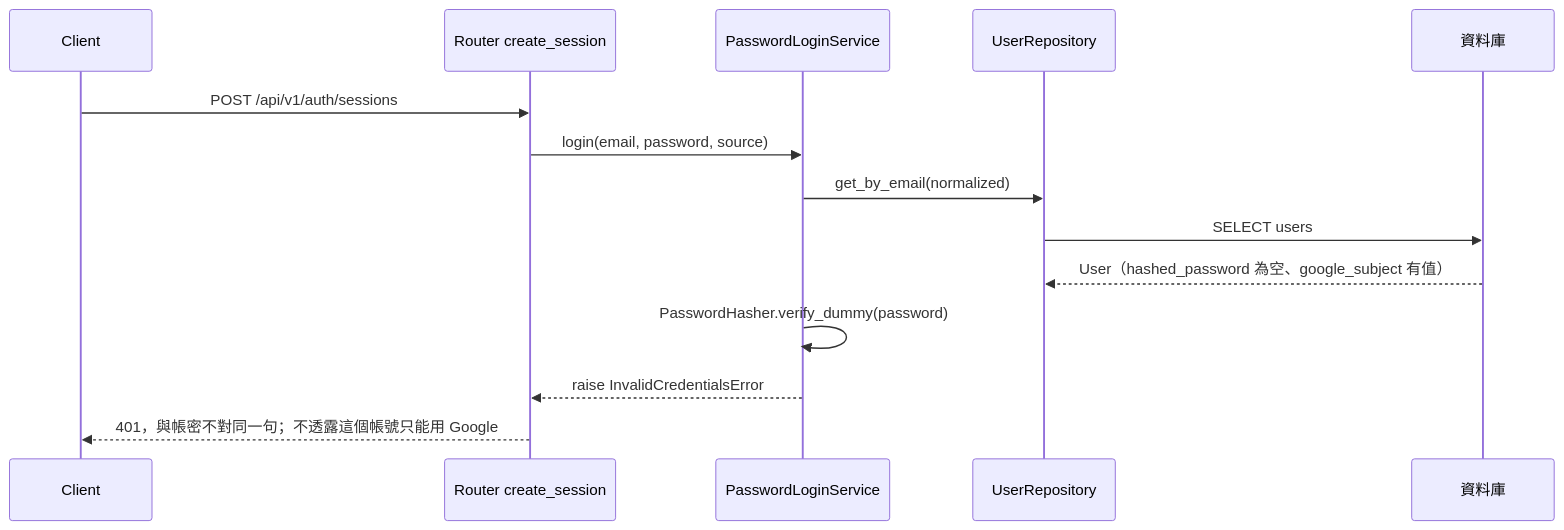
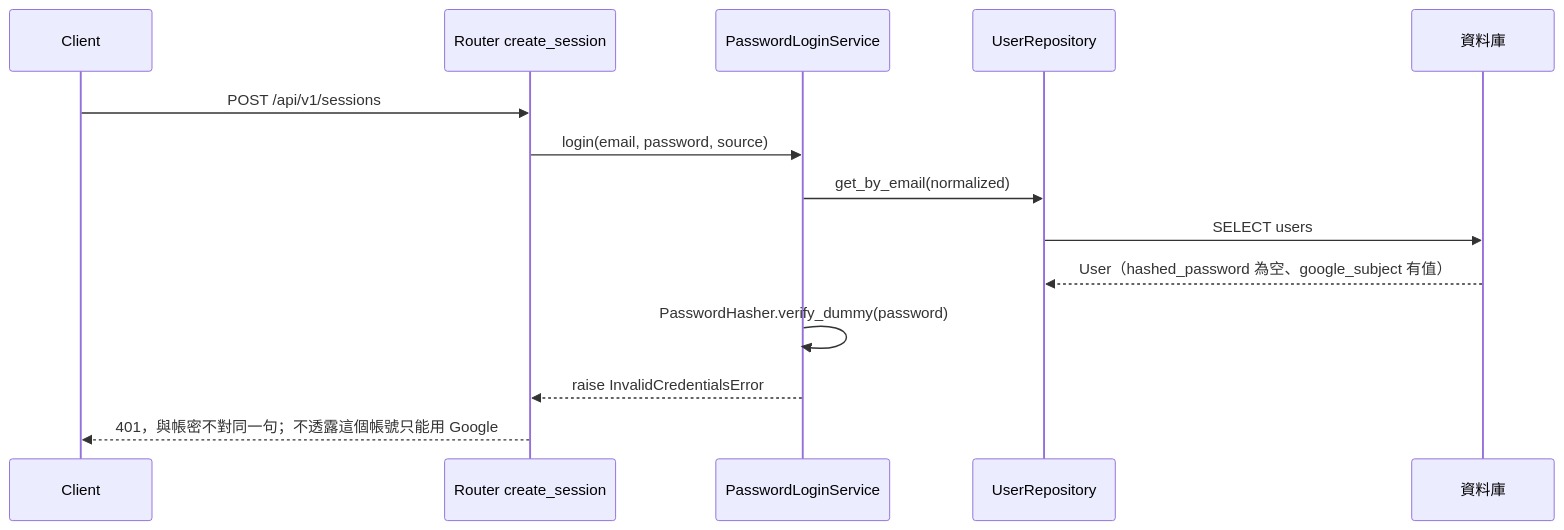
One commit to label-suite/label-suite changed the tenth of 30 diagrams in openspec/changes/login-auth-guard/system-design.md. Above: the diagram before and after it, drawn with Mermaid. The commit also changed other lines of this file and 4 other files, not shown here.

First line of the commit message:
docs: write the api contract for login and auth guard (#719)

````diff
--- a/openspec/changes/login-auth-guard/system-design.md
+++ b/openspec/changes/login-auth-guard/system-design.md
@@ -504,16 +504,16 @@
 ```mermaid
 sequenceDiagram
   participant C as Client
   participant R as Router create_session
   participant L as PasswordLoginService
   participant U as UserRepository
   participant DB as 資料庫
-  C->>R: POST /api/v1/auth/sessions
+  C->>R: POST /api/v1/sessions
   R->>L: login(email, password, source)
   L->>U: get_by_email(normalized)
   U->>DB: SELECT users
   DB-->>U: User（hashed_password 為空、google_subject 有值）
   L->>L: PasswordHasher.verify_dummy(password)
   L-->>R: raise InvalidCredentialsError
   R-->>C: 401，與帳密不對同一句；不透露這個帳號只能用 Google
 ```
````
